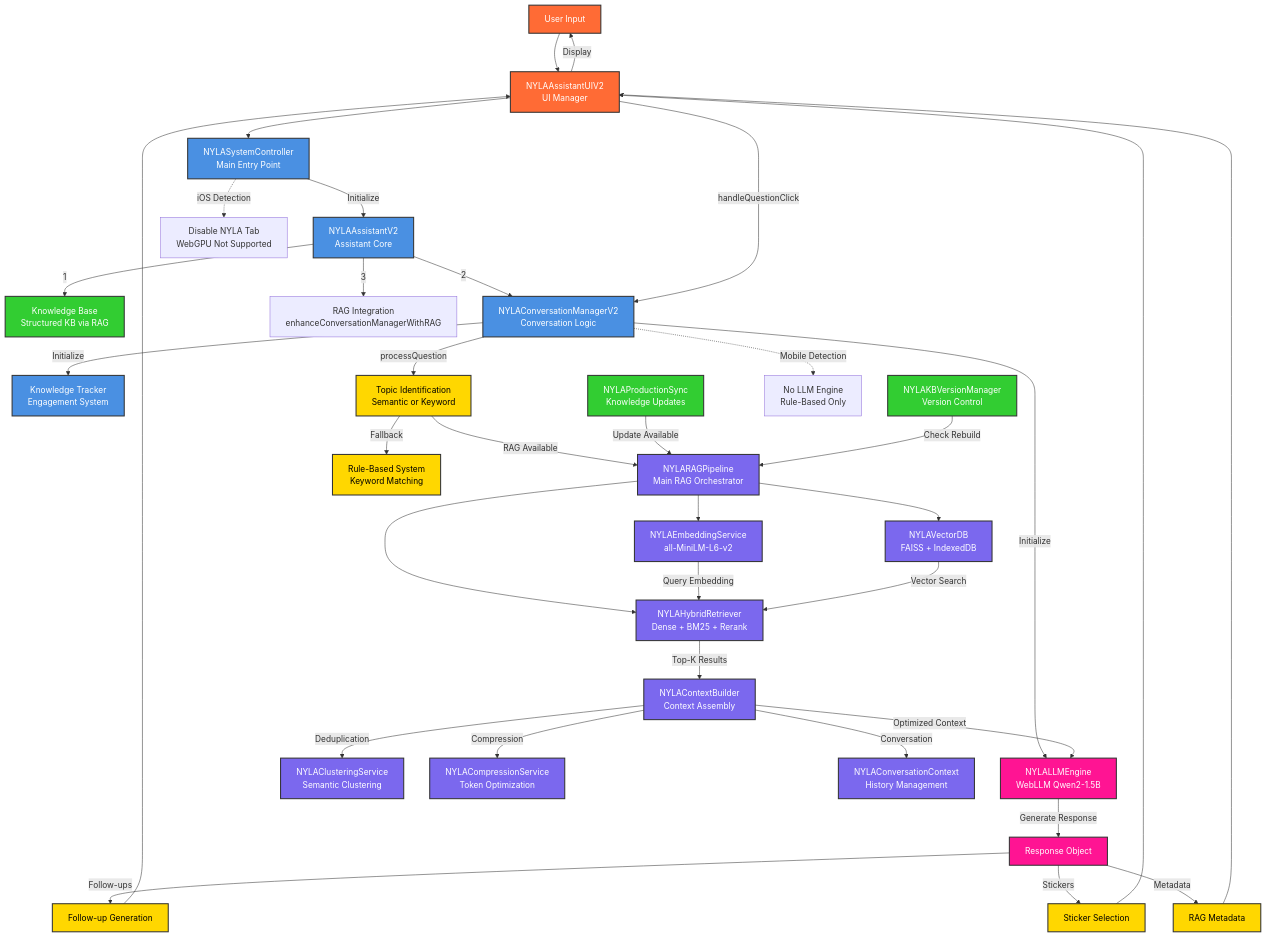
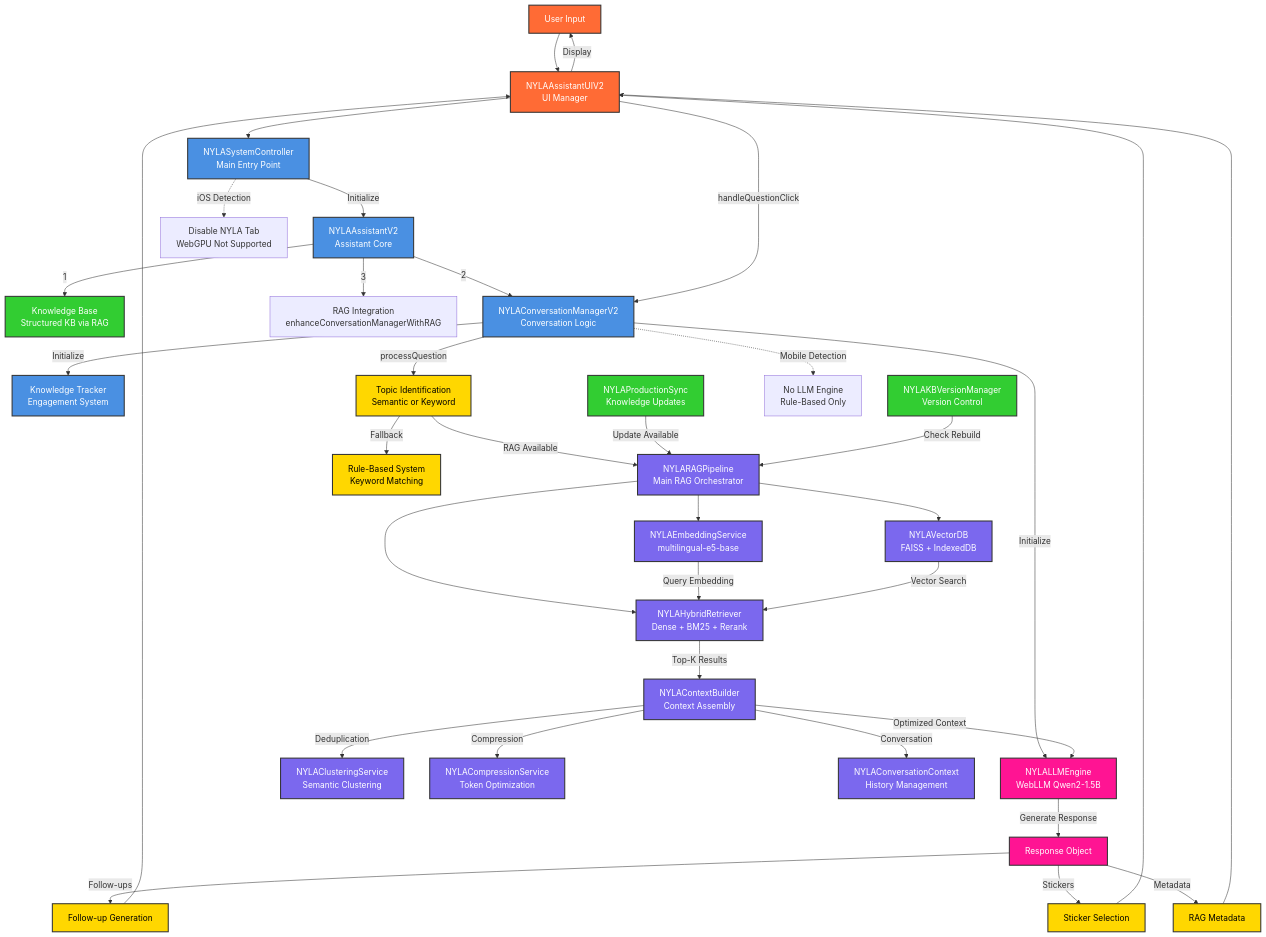
Before and after one commit to sonyschan/nyla-go: the first of 4 diagrams in docs/architecture/NYLA-AI-ARCHITECTURE-FLOW.md, drawn with Mermaid. The commit also changed other lines of this file and 23 other files, not shown here.

First line of the commit message:
🌐 Ensure multilingual-e5-base (768-dim) consistency across application

````diff
--- a/docs/architecture/NYLA-AI-ARCHITECTURE-FLOW.md
+++ b/docs/architecture/NYLA-AI-ARCHITECTURE-FLOW.md
@@ -8,79 +8,79 @@
 ```mermaid
 graph TB
     %% User Input Layer
     User[User Input] --> UI[NYLAAssistantUIV2<br/>UI Manager]
     
     %% System Controller
     UI --> SC[NYLASystemController<br/>Main Entry Point]
     SC --> |Initialize| Assistant[NYLAAssistantV2<br/>Assistant Core]
     
     %% Assistant Initialization
     Assistant --> |1| KB[Knowledge Base<br/>Structured KB via RAG]
     Assistant --> |2| CM[NYLAConversationManagerV2<br/>Conversation Logic]
     Assistant --> |3| RAG[RAG Integration<br/>enhanceConversationManagerWithRAG]
     
     %% Conversation Manager Components
     CM --> |Initialize| LLM[NYLALLMEngine<br/>WebLLM Qwen2-1.5B]
     CM --> |Initialize| KT[Knowledge Tracker<br/>Engagement System]
     
     %% Question Processing Flow
     UI --> |handleQuestionClick| CM
     CM --> |processQuestion| TI[Topic Identification<br/>Semantic or Keyword]
     
     %% RAG Pipeline Branch
     TI --> |RAG Available| RP[NYLARAGPipeline<br/>Main RAG Orchestrator]
     TI --> |Fallback| RB[Rule-Based System<br/>Keyword Matching]
     
     %% RAG Components
-    RP --> ES[NYLAEmbeddingService<br/>all-MiniLM-L6-v2]
+    RP --> ES[NYLAEmbeddingService<br/>multilingual-e5-base]
     RP --> VDB[NYLAVectorDB<br/>FAISS + IndexedDB]
     RP --> HR[NYLAHybridRetriever<br/>Dense + BM25 + Rerank]
     
     %% Retrieval Flow
     ES --> |Query Embedding| HR
     VDB --> |Vector Search| HR
     HR --> |Top-K Results| CB[NYLAContextBuilder<br/>Context Assembly]
     
     %% Context Building
     CB --> |Deduplication| CS[NYLAClusteringService<br/>Semantic Clustering]
     CB --> |Compression| CMP[NYLACompressionService<br/>Token Optimization]
     CB --> |Conversation| CC[NYLAConversationContext<br/>History Management]
     
     %% LLM Generation
     CB --> |Optimized Context| LLM
     LLM --> |Generate Response| Response[Response Object]
     
     %% Response Enhancement
     Response --> |Follow-ups| FU[Follow-up Generation]
     Response --> |Stickers| ST[Sticker Selection]
     Response --> |Metadata| META[RAG Metadata]
     
     %% UI Display
     FU --> UI
     ST --> UI
     META --> UI
     UI --> |Display| User
     
     %% Background Services
     PS[NYLAProductionSync<br/>Knowledge Updates] --> |Update Available| RP
     VM[NYLAKBVersionManager<br/>Version Control] --> |Check Rebuild| RP
     
     %% Mobile/PWA Detection
     SC -.-> |iOS Detection| DisableLLM[Disable NYLA Tab<br/>WebGPU Not Supported]
     CM -.-> |Mobile Detection| DisableLLM2[No LLM Engine<br/>Rule-Based Only]
 
     %% Styling
     classDef userInterface fill:#FF6B35,stroke:#333,stroke-width:2px,color:#fff
     classDef core fill:#4A90E2,stroke:#333,stroke-width:2px,color:#fff
     classDef rag fill:#7B68EE,stroke:#333,stroke-width:2px,color:#fff
     classDef llm fill:#FF1493,stroke:#333,stroke-width:2px,color:#fff
     classDef storage fill:#32CD32,stroke:#333,stroke-width:2px,color:#fff
     classDef service fill:#FFD700,stroke:#333,stroke-width:2px,color:#000
     
     class User,UI userInterface
     class SC,Assistant,CM,KT core
     class RP,ES,VDB,HR,CB,CS,CMP,CC rag
     class LLM,Response llm
     class KB,PS,VM storage
     class FU,ST,META,TI,RB service
 ```
````
